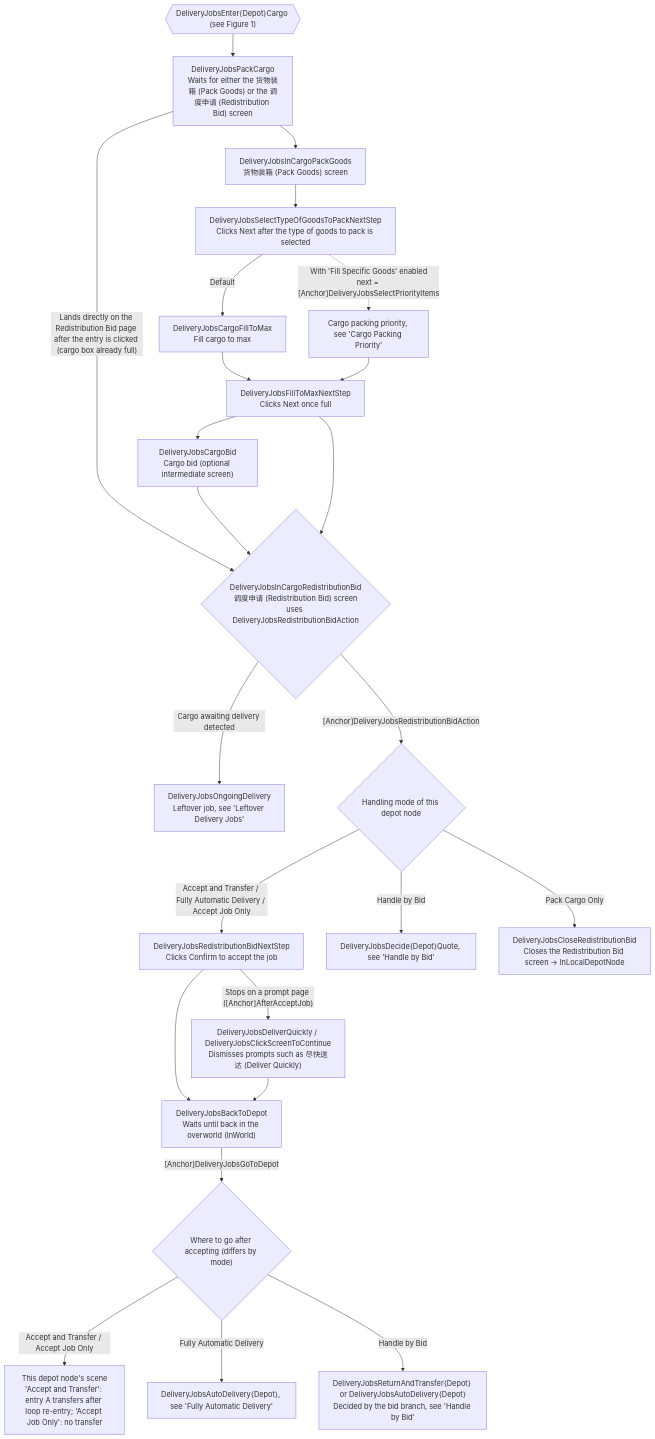
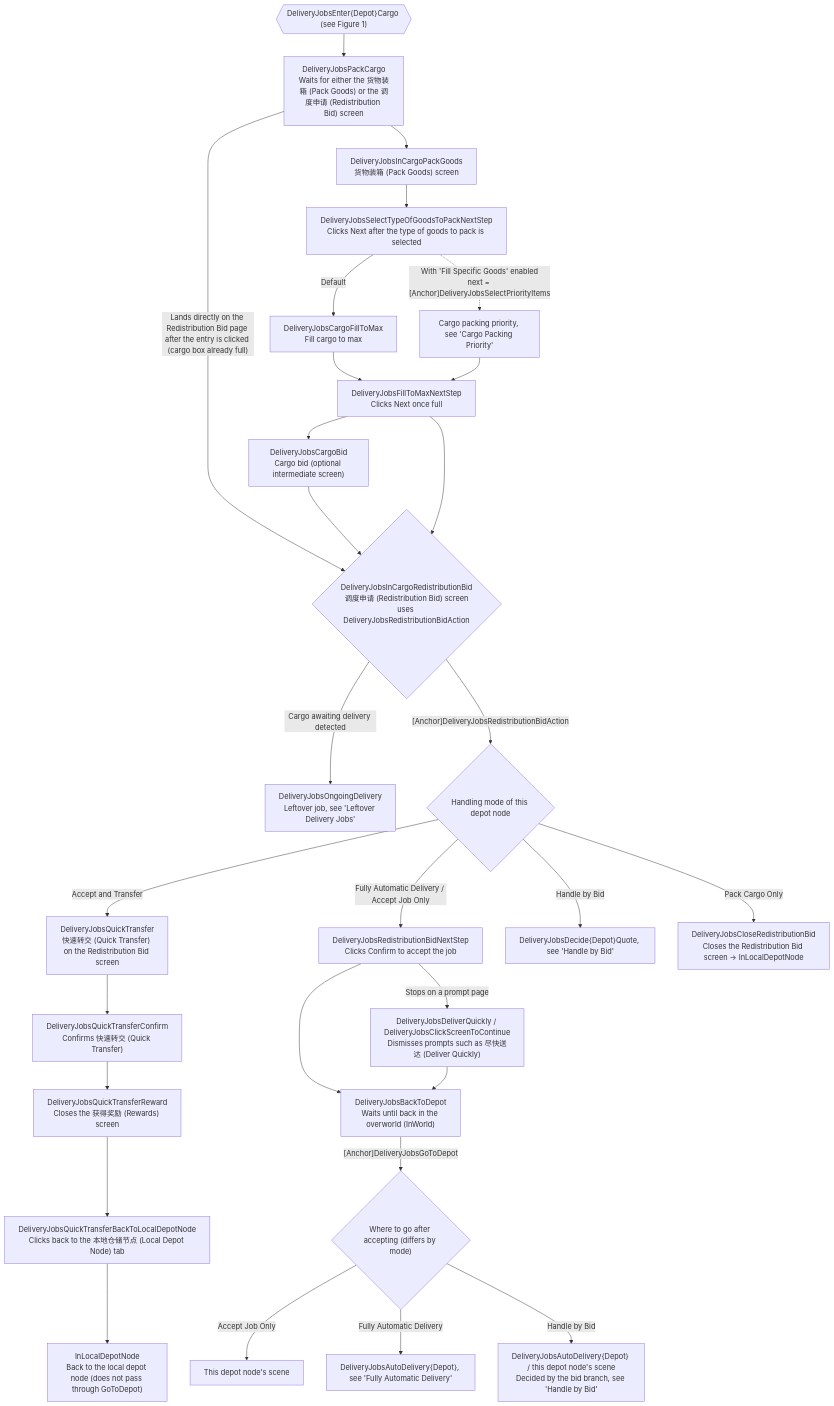
One commit to MaaEnd/MaaEnd changed the second of 6 diagrams in docs/en_us/developers/tasks/delivery-jobs-maintain.md. Above: the diagram before and after it, drawn with Mermaid. The commit also changed other lines of this file and 13 other files, not shown here.

First line of the commit message:
refactor(DeliveryJobs): 生成器抽出公共常量，报价默认阈值按地区取值

````diff
--- a/docs/en_us/developers/tasks/delivery-jobs-maintain.md
+++ b/docs/en_us/developers/tasks/delivery-jobs-maintain.md
@@ -45,26 +46,31 @@
 ```mermaid
 flowchart TD
     ECargo{{"DeliveryJobsEnter{Depot}Cargo (see Figure 1)"}} --> Pack["DeliveryJobsPackCargo\nWaits for either the 货物装箱 (Pack Goods) or the 调度申请 (Redistribution Bid) screen"]
     Pack --> PackGoods["DeliveryJobsInCargoPackGoods\n货物装箱 (Pack Goods) screen"]
     Pack -->|"Lands directly on the Redistribution Bid page after the entry is clicked (cargo box already full)"| Bid
     PackGoods --> Sel["DeliveryJobsSelectTypeOfGoodsToPackNextStep\nClicks Next after the type of goods to pack is selected"]
     Sel -->|Default| Fill["DeliveryJobsCargoFillToMax\nFill cargo to max"]
     Sel -.->|"With 'Fill Specific Goods' enabled\nnext = [Anchor]DeliveryJobsSelectPriorityItems"| Prio["Cargo packing priority, see 'Cargo Packing Priority'"]
     Fill --> FillNext["DeliveryJobsFillToMaxNextStep\nClicks Next once full"]
     Prio --> FillNext
     FillNext --> CargoBid["DeliveryJobsCargoBid\nCargo bid (optional intermediate screen)"]
     CargoBid --> Bid
     FillNext --> Bid{"DeliveryJobsInCargoRedistributionBid\n调度申请 (Redistribution Bid) screen\nuses DeliveryJobsRedistributionBidAction"}
     Bid -->|Cargo awaiting delivery detected| Ong["DeliveryJobsOngoingDelivery\nLeftover job, see 'Leftover Delivery Jobs'"]
     Bid -->|"[Anchor]DeliveryJobsRedistributionBidAction"| Mode{"Handling mode of this depot node"}
-    Mode -->|Accept and Transfer / Fully Automatic Delivery / Accept Job Only| RB["DeliveryJobsRedistributionBidNextStep\nClicks Confirm to accept the job"]
+    Mode -->|Accept and Transfer| QT["DeliveryJobsQuickTransfer\n快速转交 (Quick Transfer) on the Redistribution Bid screen"]
+    Mode -->|Fully Automatic Delivery / Accept Job Only| RB["DeliveryJobsRedistributionBidNextStep\nClicks Confirm to accept the job"]
     Mode -->|Handle by Bid| Decide["DeliveryJobsDecide{Depot}Quote, see 'Handle by Bid'"]
     Mode -->|Pack Cargo Only| Close["DeliveryJobsCloseRedistributionBid\nCloses the Redistribution Bid screen → InLocalDepotNode"]
-    RB -->|"Stops on a prompt page ([Anchor]AfterAcceptJob)"| Quick["DeliveryJobsDeliverQuickly / DeliveryJobsClickScreenToContinue\nDismisses prompts such as 尽快送达 (Deliver Quickly)"]
+    QT --> QTC["DeliveryJobsQuickTransferConfirm\nConfirms 快速转交 (Quick Transfer)"]
+    QTC --> QTR["DeliveryJobsQuickTransferReward\nCloses the 获得奖励 (Rewards) screen"]
+    QTR --> QTB["DeliveryJobsQuickTransferBackToLocalDepotNode\nClicks back to the 本地仓储节点 (Local Depot Node) tab"]
+    QTB --> Local["InLocalDepotNode\nBack to the local depot node (does not pass through GoToDepot)"]
+    RB -->|"Stops on a prompt page"| Quick["DeliveryJobsDeliverQuickly / DeliveryJobsClickScreenToContinue\nDismisses prompts such as 尽快送达 (Deliver Quickly)"]
     RB --> Back["DeliveryJobsBackToDepot\nWaits until back in the overworld (InWorld)"]
     Quick --> Back
     Back -->|"[Anchor]DeliveryJobsGoToDepot"| Land{"Where to go after accepting (differs by mode)"}
-    Land -->|Accept and Transfer / Accept Job Only| LandScene["This depot node's scene\n'Accept and Transfer': entry A transfers after loop re-entry; 'Accept Job Only': no transfer"]
+    Land -->|Accept Job Only| LandScene["This depot node's scene"]
     Land -->|Fully Automatic Delivery| LandAuto["DeliveryJobsAutoDelivery{Depot}, see 'Fully Automatic Delivery'"]
-    Land -->|Handle by Bid| LandRT["DeliveryJobsReturnAndTransfer{Depot} or DeliveryJobsAutoDelivery{Depot}\nDecided by the bid branch, see 'Handle by Bid'"]
+    Land -->|Handle by Bid| LandRT["DeliveryJobsAutoDelivery{Depot} / this depot node's scene\nDecided by the bid branch, see 'Handle by Bid'"]
 ```
````
